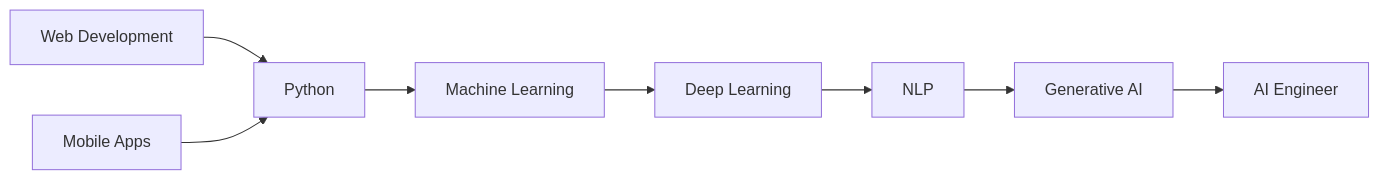
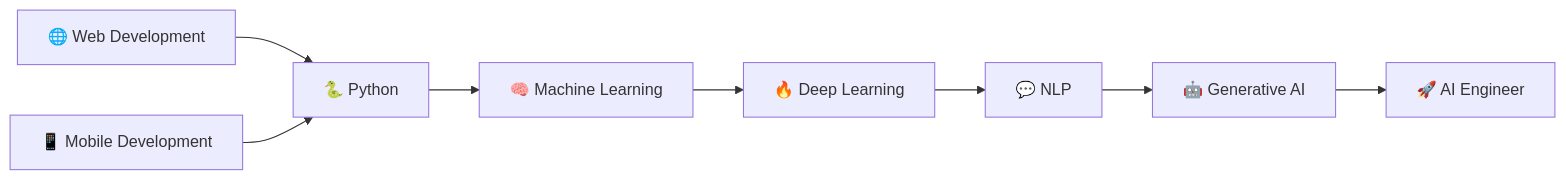
Before and after one commit to muhammadumer611/muhammadumer611: the diagram in README.md, drawn with Mermaid.

````diff
--- a/README.md
+++ b/README.md
@@ -75,10 +75,10 @@
 ```mermaid
 graph LR
-A[Web Development] --> C[Python]
-B[Mobile Apps] --> C
-C --> D[Machine Learning]
-D --> E[Deep Learning]
-E --> F[NLP]
-F --> G[Generative AI]
-G --> H[AI Engineer]
+    A[🌐 Web Development] --> B[🐍 Python]
+    C[📱 Mobile Development] --> B
+    B --> D[🧠 Machine Learning]
+    D --> E[🔥 Deep Learning]
+    E --> F[💬 NLP]
+    F --> G[🤖 Generative AI]
+    G --> H[🚀 AI Engineer]
 ```
````
